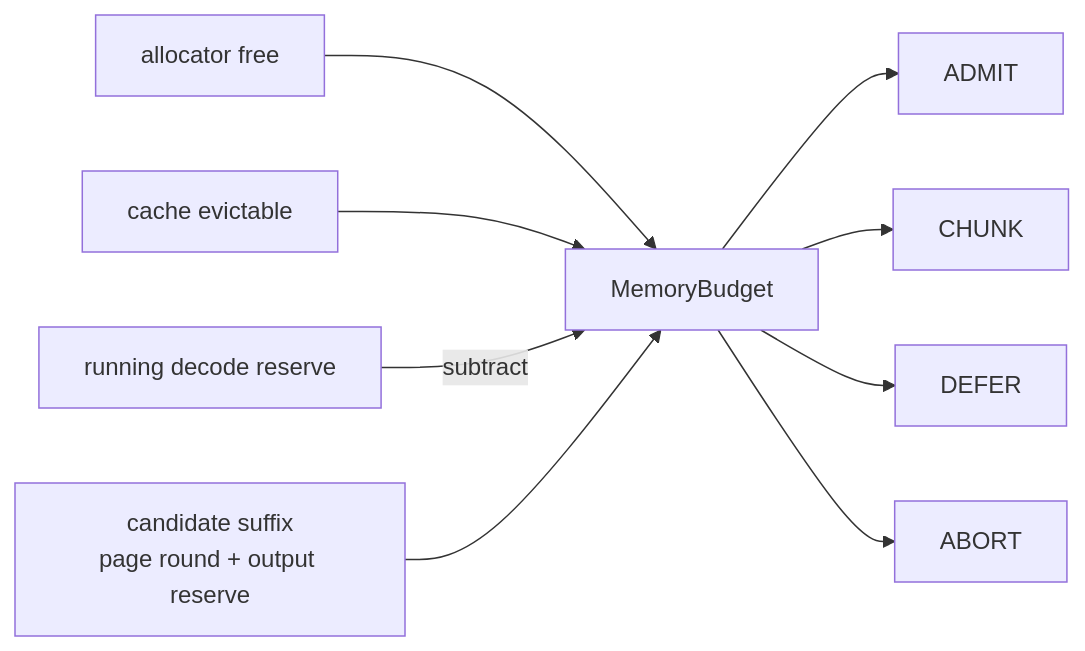
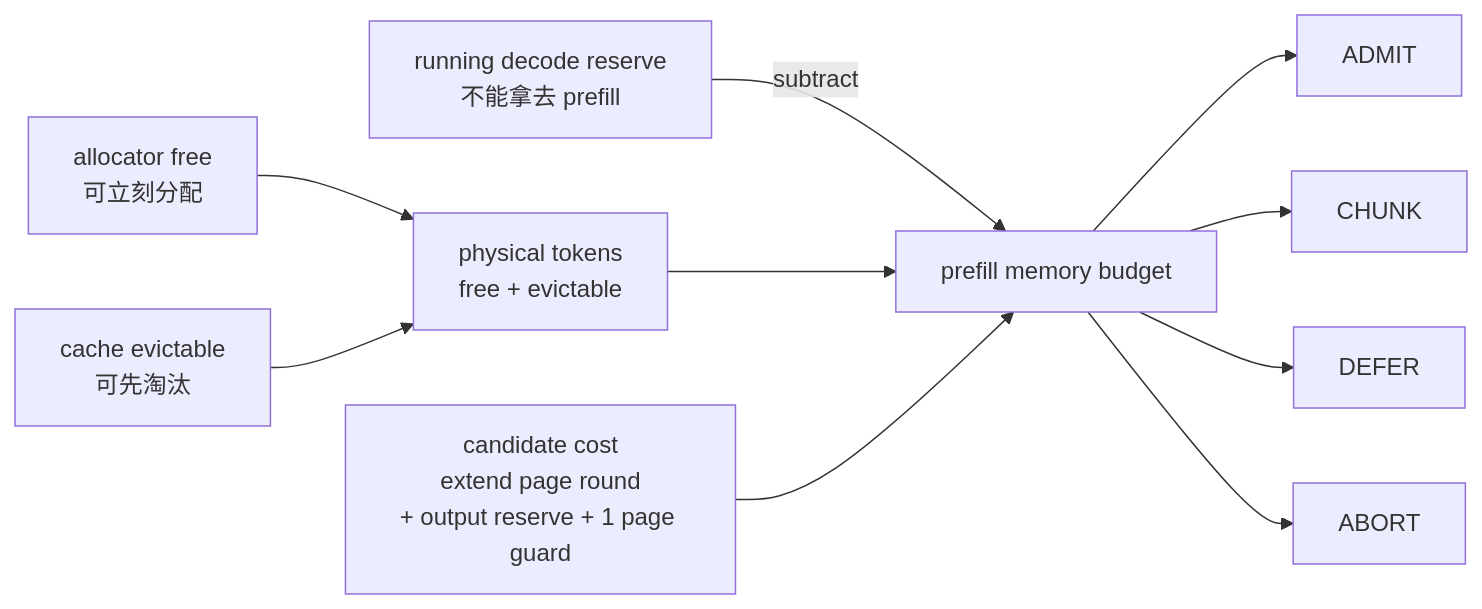
One commit to stream-iori/sglang changed the ninth of 12 diagrams in my-sglang/docs/scheduler-kv-overview.md. Above: the diagram before and after it, drawn with Mermaid. The commit also changed other lines of this file, not shown here.

````diff
--- a/my-sglang/docs/scheduler-kv-overview.md
+++ b/my-sglang/docs/scheduler-kv-overview.md
@@ -54,11 +434,12 @@
 ```mermaid
 flowchart LR
-    Free[allocator free] --> Budget[MemoryBudget]
-    Evictable[cache evictable] --> Budget
-    Reserve[running decode reserve] -->|subtract| Budget
-    Candidate["candidate suffix<br/>page round + output reserve"] --> Budget
+    Free["allocator free<br/>可立刻分配"] --> Physical["physical tokens<br/>free + evictable"]
+    Evictable["cache evictable<br/>可先淘汰"] --> Physical
+    Reserve["running decode reserve<br/>不能拿去 prefill"] -->|subtract| Budget["prefill memory budget"]
+    Physical --> Budget
+    Candidate["candidate cost<br/>extend page round<br/>+ output reserve + 1 page guard"] --> Budget
     Budget --> A[ADMIT]
     Budget --> C[CHUNK]
     Budget --> D[DEFER]
     Budget --> X[ABORT]
 ```
````
